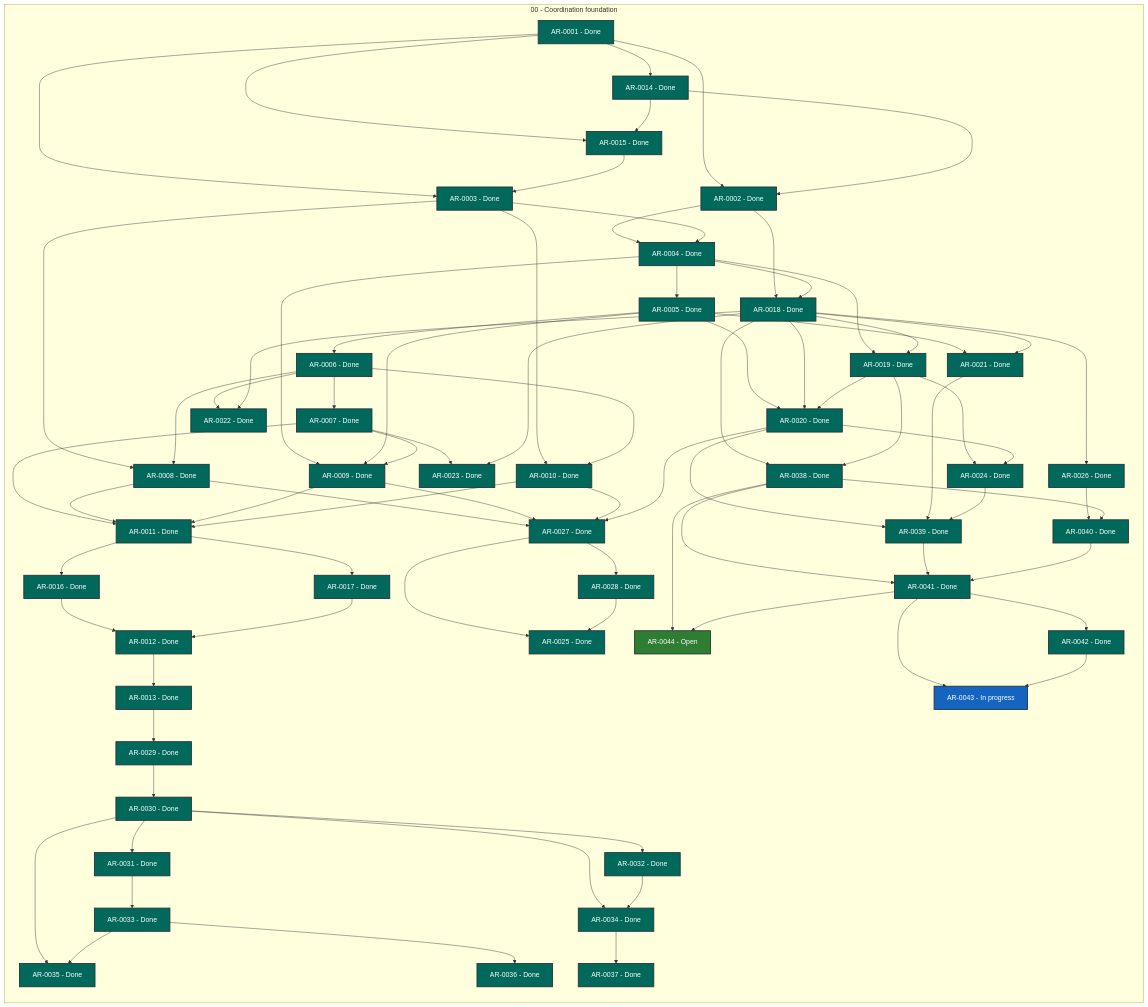
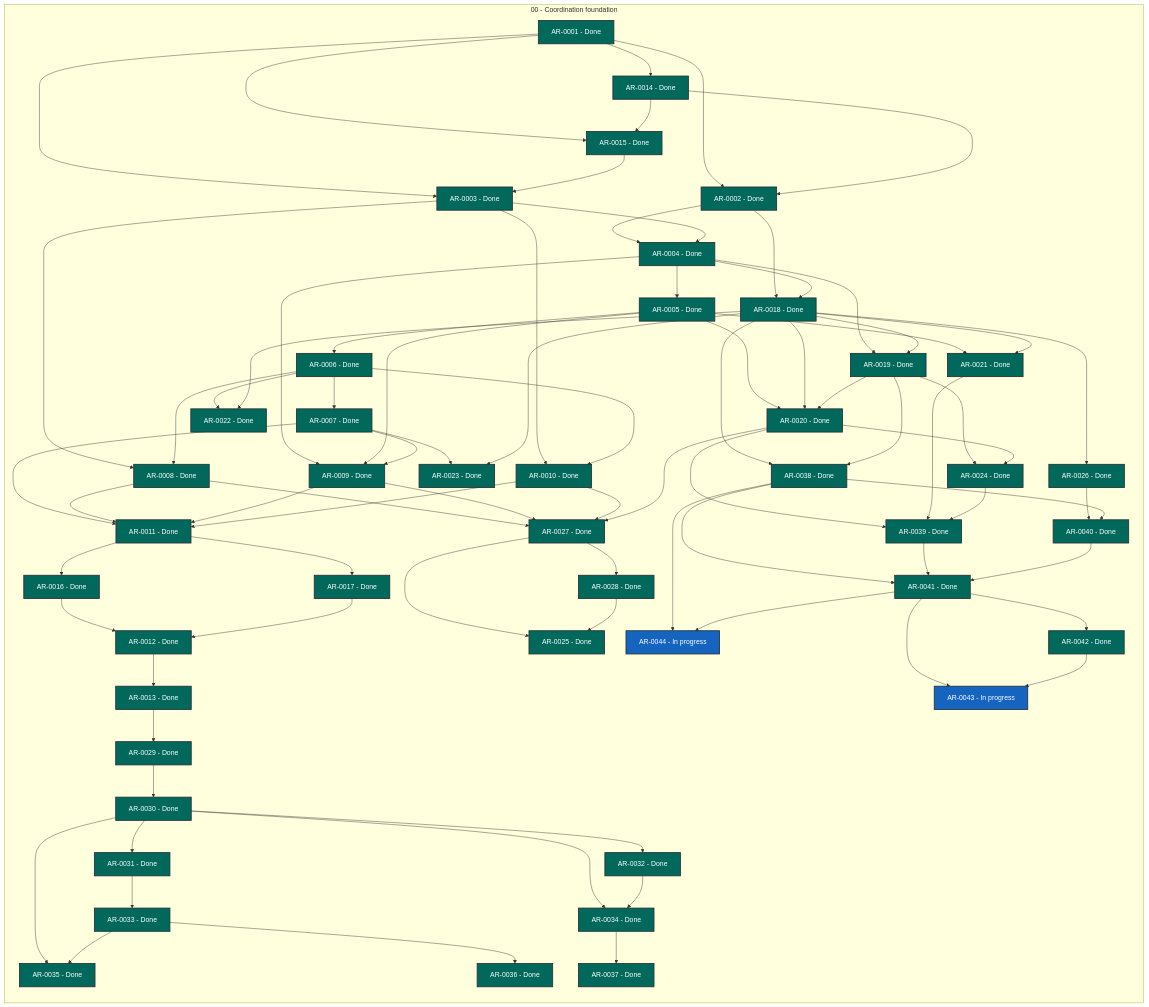
One commit to martin-beck/agent-workflow-tui-state changed the diagram in STATUS.md. Above: the diagram before and after it, drawn with Mermaid. The commit also changed other lines of this file and 2 other files, not shown here.

```diff
--- a/STATUS.md
+++ b/STATUS.md
@@ -71,7 +71,7 @@
         AR_0041["AR-0041 - Done"]:::status_done
         AR_0042["AR-0042 - Done"]:::status_done
         AR_0043["AR-0043 - In progress"]:::status_in_progress
-        AR_0044["AR-0044 - Open"]:::status_open
+        AR_0044["AR-0044 - In progress"]:::status_in_progress
     end
     AR_0001 --> AR_0002
     AR_0001 --> AR_0003
```
